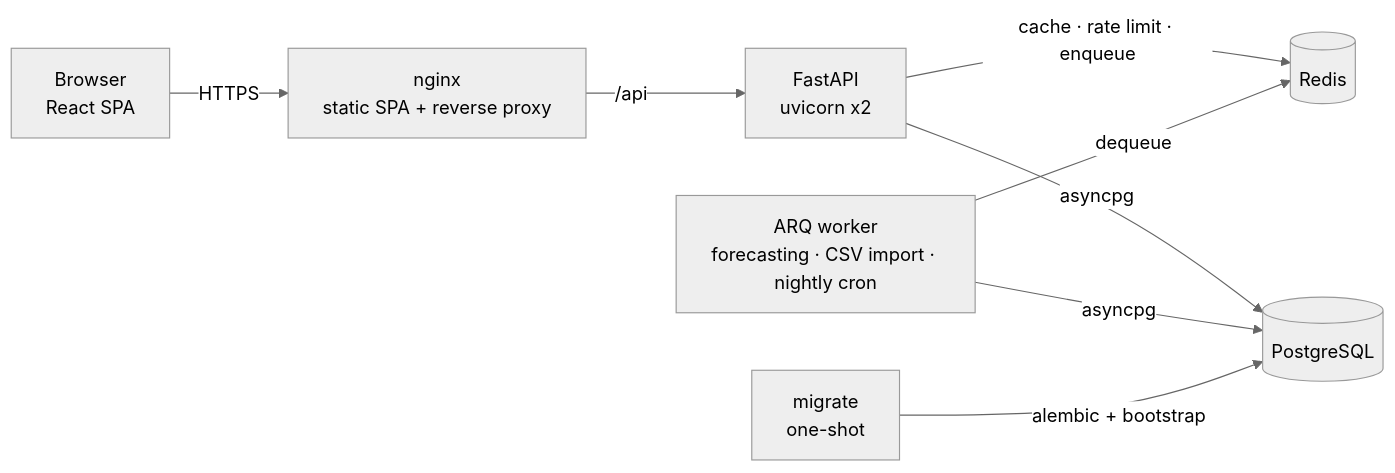
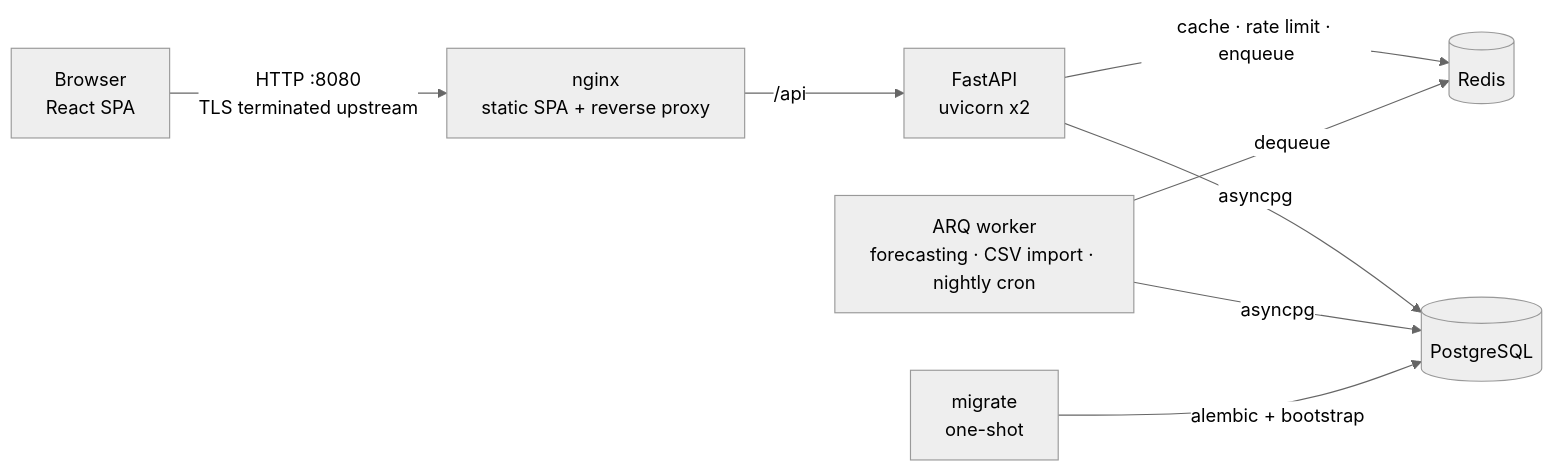
One commit to adhamhe6/inventory-demand-forecasting changed the diagram in README.md. Above: the diagram before and after it, drawn with Mermaid (neutral theme). The commit also changed other lines of this file and 39 other files, not shown here.

````diff
--- a/README.md
+++ b/README.md
@@ -60,10 +60,10 @@
 ```mermaid
 flowchart LR
-    U[Browser<br/>React SPA] -->|HTTPS| N[nginx<br/>static SPA + reverse proxy]
+    U[Browser<br/>React SPA] -->|HTTP :8080<br/>TLS terminated upstream| N[nginx<br/>static SPA + reverse proxy]
     N -->|/api| A[FastAPI<br/>uvicorn x2]
     A -->|asyncpg| P[(PostgreSQL)]
     A -->|cache · rate limit · enqueue| R[(Redis)]
     W[ARQ worker<br/>forecasting · CSV import · nightly cron] -->|dequeue| R
     W -->|asyncpg| P
     M[migrate<br/>one-shot] -->|alembic + bootstrap| P
 ```
````
